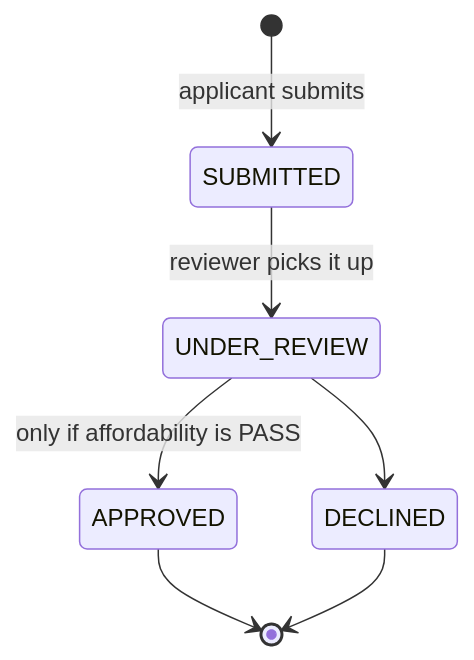
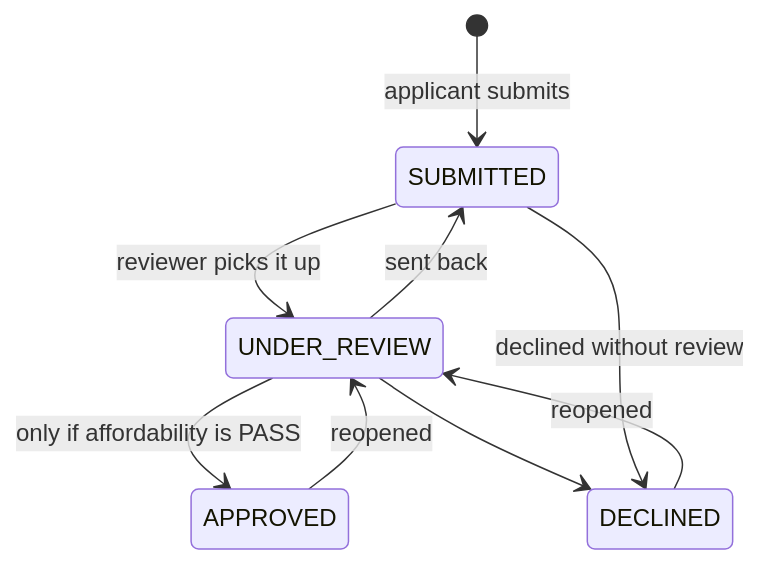
Before and after one commit to Sibu912/SNM-Bank-loan-application: the second of 2 diagrams in docs/DESIGN.md, drawn with Mermaid. The commit also changed other lines of this file and 18 other files, not shown here.

````diff
--- a/docs/DESIGN.md
+++ b/docs/DESIGN.md
@@ -174,9 +174,11 @@
 ```mermaid
 stateDiagram-v2
     [*] --> SUBMITTED : applicant submits
     SUBMITTED --> UNDER_REVIEW : reviewer picks it up
     UNDER_REVIEW --> APPROVED : only if affordability is PASS
     UNDER_REVIEW --> DECLINED
-    APPROVED --> [*]
-    DECLINED --> [*]
+    SUBMITTED --> DECLINED : declined without review
+    UNDER_REVIEW --> SUBMITTED : sent back
+    APPROVED --> UNDER_REVIEW : reopened
+    DECLINED --> UNDER_REVIEW : reopened
 ```
````
